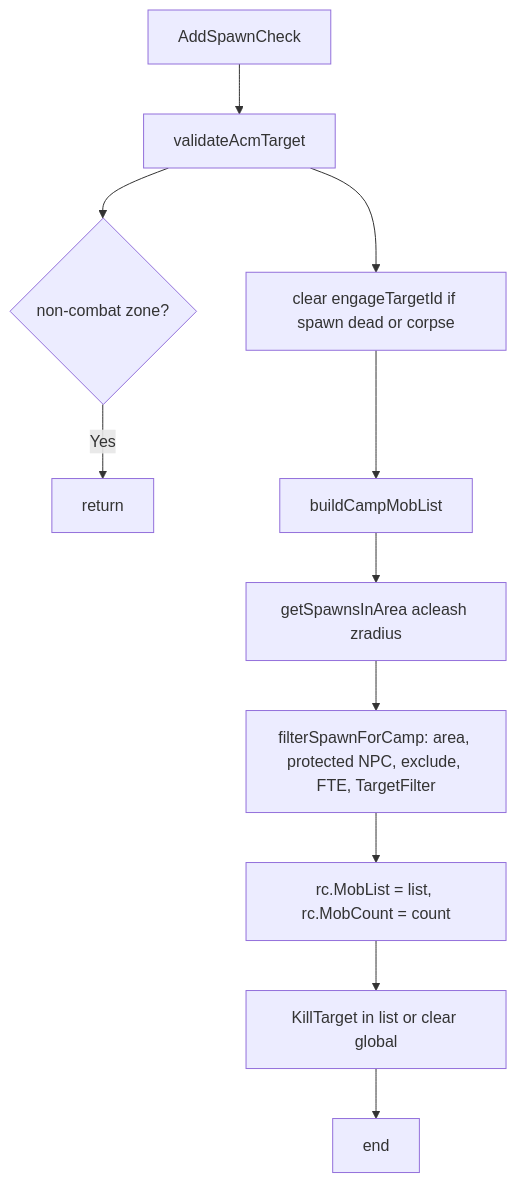
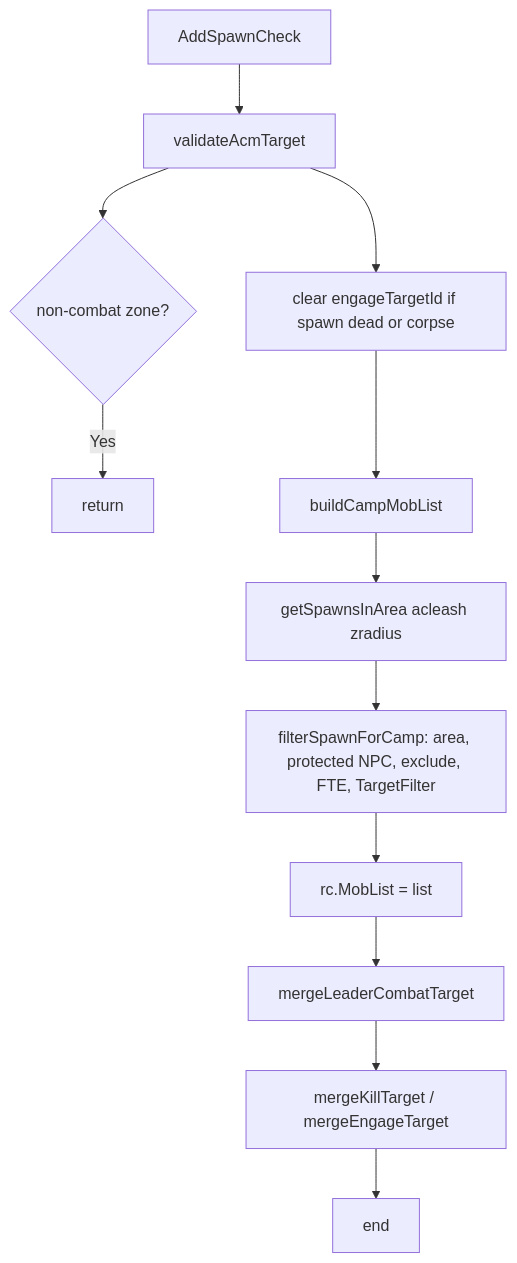
Before and after one commit to wsnich/bobblebot: the diagram in docs/botlogic/hook-addspawncheck.md, drawn with Mermaid. The commit also changed other lines of this file and 7 other files, not shown here.

Commit message:
use MA position as anchor for "mobs in camp" checks, force MA's target if the MA is nearby and attacking to be in the bots moblist so they'll engage

````diff
--- a/docs/botlogic/hook-addspawncheck.md
+++ b/docs/botlogic/hook-addspawncheck.md
@@ -8,13 +8,14 @@
 ```mermaid
 flowchart TB
     Start[AddSpawnCheck] --> Validate[validateAcmTarget]
     Validate --> Zone{non-combat zone?}
     Zone -->|Yes| End[return]
     Validate --> Engage[clear engageTargetId if spawn dead or corpse]
     Engage --> Build[buildCampMobList]
     Build --> Filter[getSpawnsInArea acleash zradius]
     Filter --> CampFilter[filterSpawnForCamp: area, protected NPC, exclude, FTE, TargetFilter]
-    CampFilter --> Assign[rc.MobList = list, rc.MobCount = count]
-    Assign --> KillTarget[KillTarget in list or clear global]
+    CampFilter --> Assign[rc.MobList = list]
+    Assign --> LeaderInject[mergeLeaderCombatTarget]
+    LeaderInject --> KillTarget[mergeKillTarget / mergeEngageTarget]
     KillTarget --> End2[end]
 ```
````
